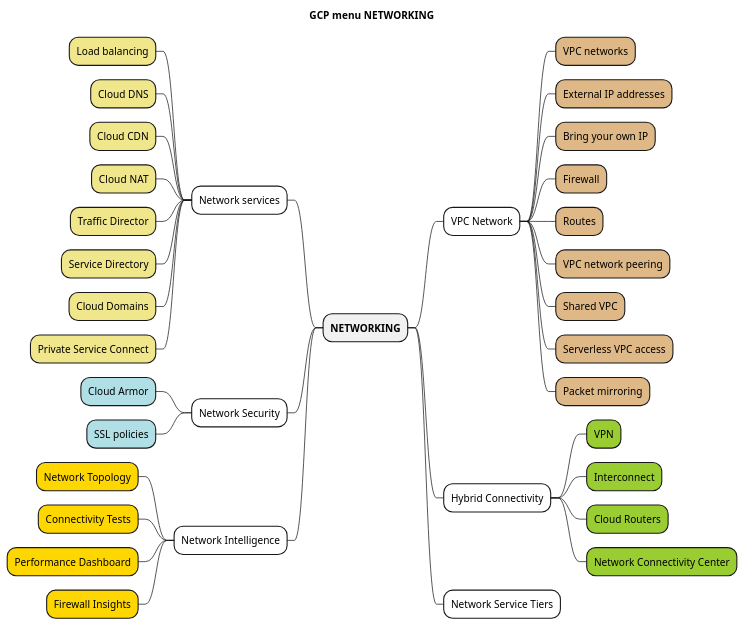
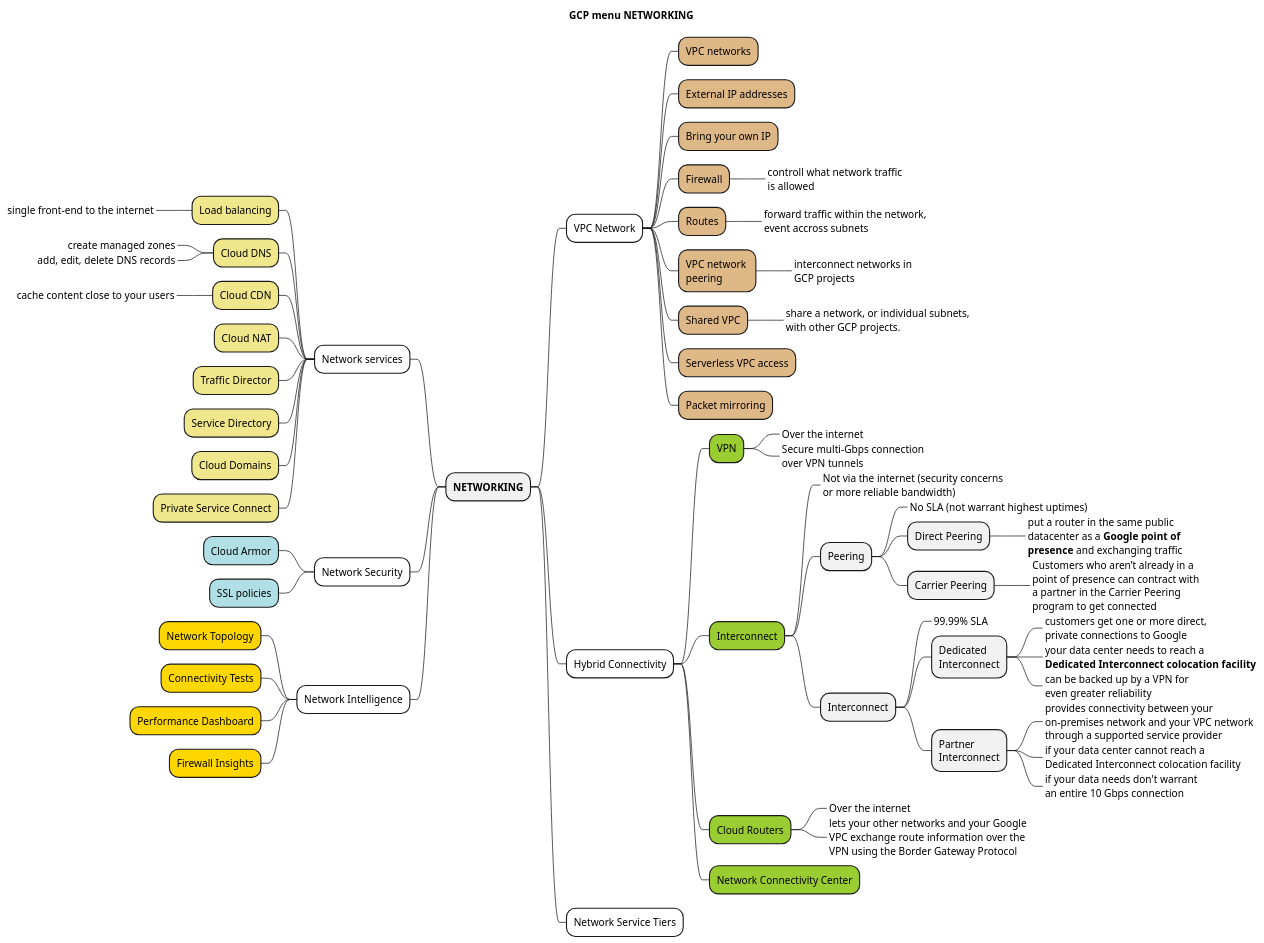
Before and after one commit to pham-anh/learn-lpic: the diagram in gcp/img/gcp_menu5_networking.puml, drawn with PlantUML. The commit also changed 9 other files, not shown here.

```diff
--- a/gcp/img/gcp_menu5_networking.puml
+++ b/gcp/img/gcp_menu5_networking.puml
@@ -1,44 +1,75 @@
 @startmindmap
 title GCP menu NETWORKING
 
 * **NETWORKING**
 **[#White] VPC Network
 ***[#BurlyWood] VPC networks
 ***[#BurlyWood] External IP addresses
 ***[#BurlyWood] Bring your own IP
 ***[#BurlyWood] Firewall
+****_ controll what network traffic \nis allowed
 ***[#BurlyWood] Routes
-***[#BurlyWood] VPC network peering
+****_ forward traffic within the network, \nevent accross subnets
+***[#BurlyWood] VPC network \npeering
+****_ interconnect networks in \nGCP projects
 ***[#BurlyWood] Shared VPC
+****_ share a network, or individual subnets, \nwith other GCP projects.
 ***[#BurlyWood] Serverless VPC access
 ***[#BurlyWood] Packet mirroring
 
 --[#White] Network services
 ---[#Khaki] Load balancing
+----_ single front-end to the internet
 ---[#Khaki] Cloud DNS
+----_ create managed zones
+----_ add, edit, delete DNS records
 ---[#Khaki] Cloud CDN
+----_ cache content close to your users
 ---[#Khaki] Cloud NAT
 ---[#Khaki] Traffic Director
 ---[#Khaki] Service Directory
 ---[#Khaki] Cloud Domains
 ---[#Khaki] Private Service Connect
 
 **[#White] Hybrid Connectivity
 ***[#YellowGreen] VPN
+****_ Over the internet
+****_ Secure multi-Gbps connection \nover VPN tunnels
 ***[#YellowGreen] Interconnect
+****_ Not via the internet (security concerns \nor more reliable bandwidth)
+**** Peering
+*****_ No SLA (not warrant highest uptimes)
+***** Direct Peering
+******_ put a router in the same public \ndatacenter as a **Google point of** \n**presence** and exchanging traffic
+***** Carrier Peering
+******_ Customers who aren’t already in a \npoint of presence can contract with\na partner in the Carrier Peering \nprogram to get connected
+**** Interconnect
+*****_ 99.99% SLA
+***** Dedicated \nInterconnect
+******_ customers get one or more direct, \nprivate connections to Google
+******_ your data center needs to reach a \n**Dedicated Interconnect colocation facility**
+******_ can be backed up by a VPN for \neven greater reliability
+***** Partner \nInterconnect
+******_ provides connectivity between your \non-premises network and your VPC network \nthrough a supported service provider
+******_ if your data center cannot reach a \nDedicated Interconnect colocation facility
+******_ if your data needs don't warrant \nan entire 10 Gbps connection
+
+
 ***[#YellowGreen] Cloud Routers
+****_ Over the internet
+****_ lets your other networks and your Google \nVPC exchange route information over the \nVPN using the Border Gateway Protocol
 ***[#YellowGreen] Network Connectivity Center
 
 **[#White] Network Service Tiers
 
 --[#White] Network Security
 ---[#PowderBlue] Cloud Armor
 ---[#PowderBlue] SSL policies
 
 --[#White] Network Intelligence
 ---[#Gold] Network Topology
 ---[#Gold] Connectivity Tests
 ---[#Gold] Performance Dashboard
 ---[#Gold] Firewall Insights
 
 @endmindmap
```
